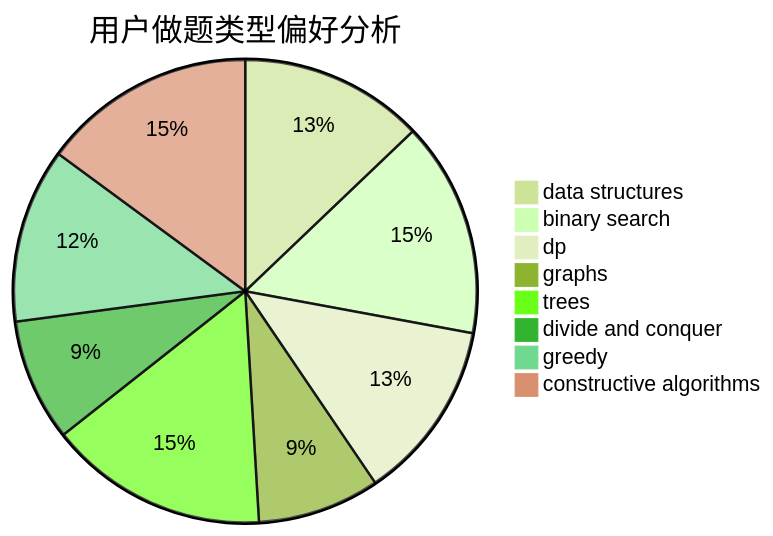
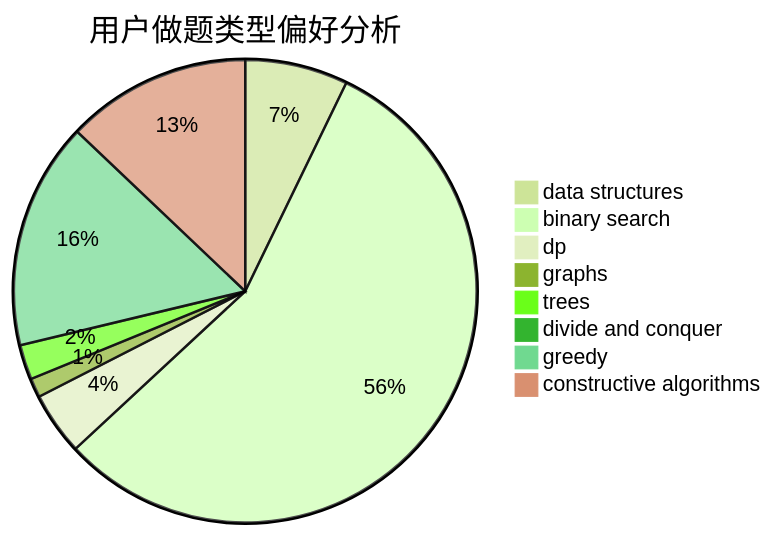
The second of 3 diagrams in docs/user/u398.md (sherpahu/cfrs.github.io), drawn with Mermaid (forest theme) before and after one commit. The commit also changed other lines of this file and 2770 other files, not shown here.

````diff
--- a/docs/user/u398.md
+++ b/docs/user/u398.md
@@ -23,11 +23,11 @@
 ```mermaid
 pie title 用户做题类型偏好分析
-    "data structures" :  95
-    "binary search" :  111
-    "dp" :  93
-    "graphs" :  63
-    "trees" :  113
-    "divide and conquer" :  63
-    "greedy" :  90
-    "constructive algorithms" :  110
+    "data structures" :  59
+    "binary search" :  459
+    "dp" :  36
+    "graphs" :  11
+    "trees" :  20
+    "divide and conquer" :  0
+    "greedy" :  130
+    "constructive algorithms" :  106
 ```
````
